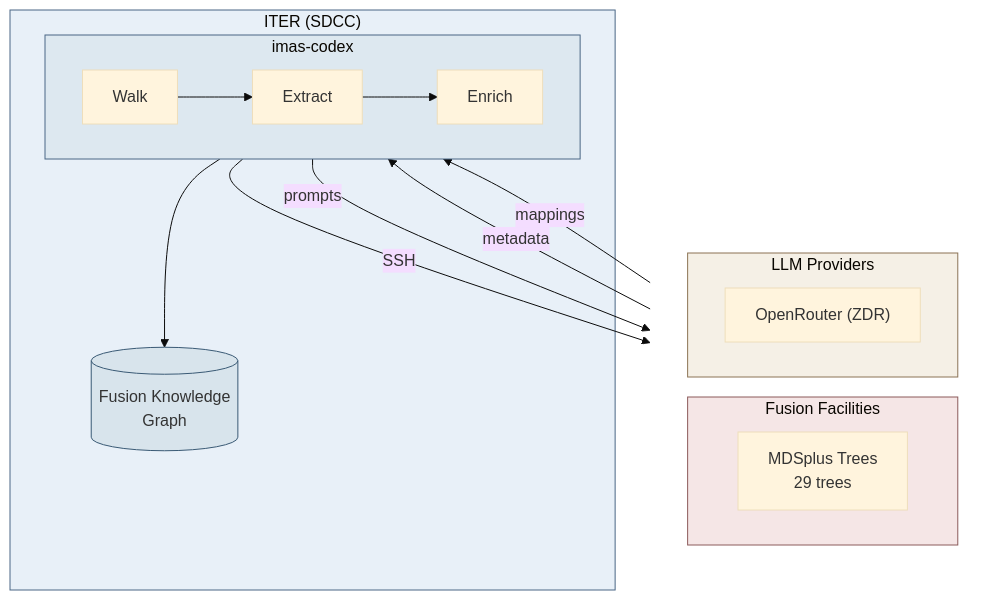
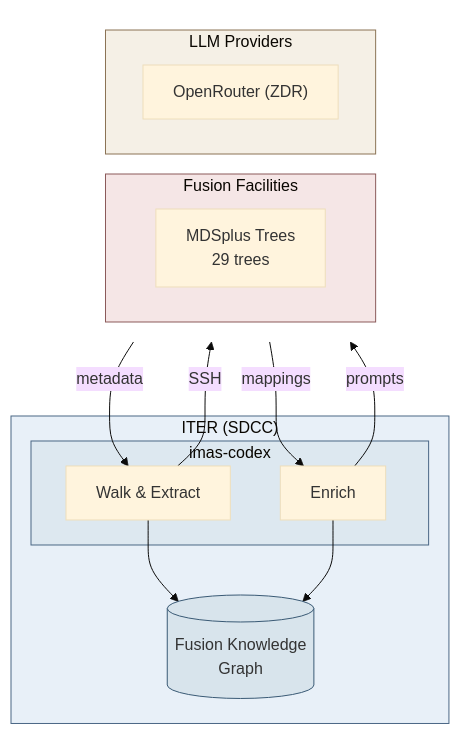
The fourth of 5 diagrams in docs/architecture/facility-access.md (iterorganization/imas-mcp), drawn with Mermaid (base theme) before and after one commit. The commit also changed other lines of this file, not shown here.

First line of the commit message:
docs: simplify pipeline diagrams to 2-node hero structure

````diff
--- a/docs/architecture/facility-access.md
+++ b/docs/architecture/facility-access.md
@@ -183,38 +180,36 @@
 ```mermaid
 flowchart TB
     subgraph TOP[" "]
         direction LR
         subgraph FAC["Fusion Facilities"]
             TREE["MDSplus Trees
 29 trees"]
         end
         subgraph LLM["LLM Providers"]
             L["OpenRouter (ZDR)"]
         end
     end
 
     subgraph ITER["ITER (SDCC)"]
         subgraph BUILD["imas-codex"]
-            direction LR
-            WALK["Walk"]
-            EXTRACT["Extract"]
+            WALK["Walk & Extract"]
             ENRICH["Enrich"]
         end
         GRAPH[("Fusion Knowledge
 Graph")]
     end
 
     TREE -- "metadata" --> WALK
     WALK -- "SSH" --> TREE
+    WALK --> GRAPH
     ENRICH --> GRAPH
     L -- "mappings" --> ENRICH
     ENRICH -- "prompts" --> L
-    WALK --> EXTRACT --> ENRICH
 
     style TOP fill:none,stroke:none
     style FAC fill:#f5e6e6,stroke:#8b5a5a
     style LLM fill:#f5f0e6,stroke:#8b7355
     style ITER fill:#e8f0f8,stroke:#4a6785
     style BUILD fill:#dde8f0,stroke:#4a6785
     style GRAPH fill:#d8e4ec,stroke:#3a5a75
 ```
````
